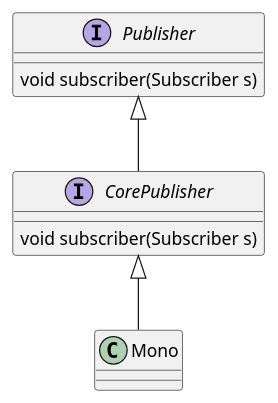
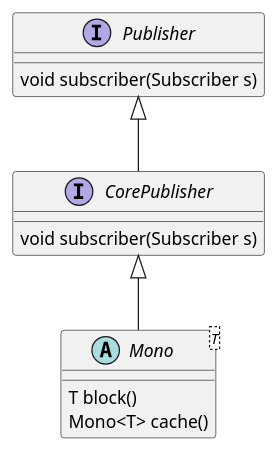
Before and after one commit to adanli/egg-learn: the diagram in egg-webflux/webflux.md, drawn with PlantUML. The commit also changed other lines of this file and 1 other file, not shown here.

````diff
--- a/egg-webflux/webflux.md
+++ b/egg-webflux/webflux.md
@@ -82,11 +88,16 @@
 ```plantuml
 @startuml
 interface CorePublisher extends Publisher{
     void subscriber(Subscriber s)
 }
 interface Publisher {
     void subscriber(Subscriber s)
 }
 CorePublisher <|-- Mono
+abstract class Mono<T> {
+    T block()
+    Mono<T> cache()
+   
+}
 @enduml
 ```
````
